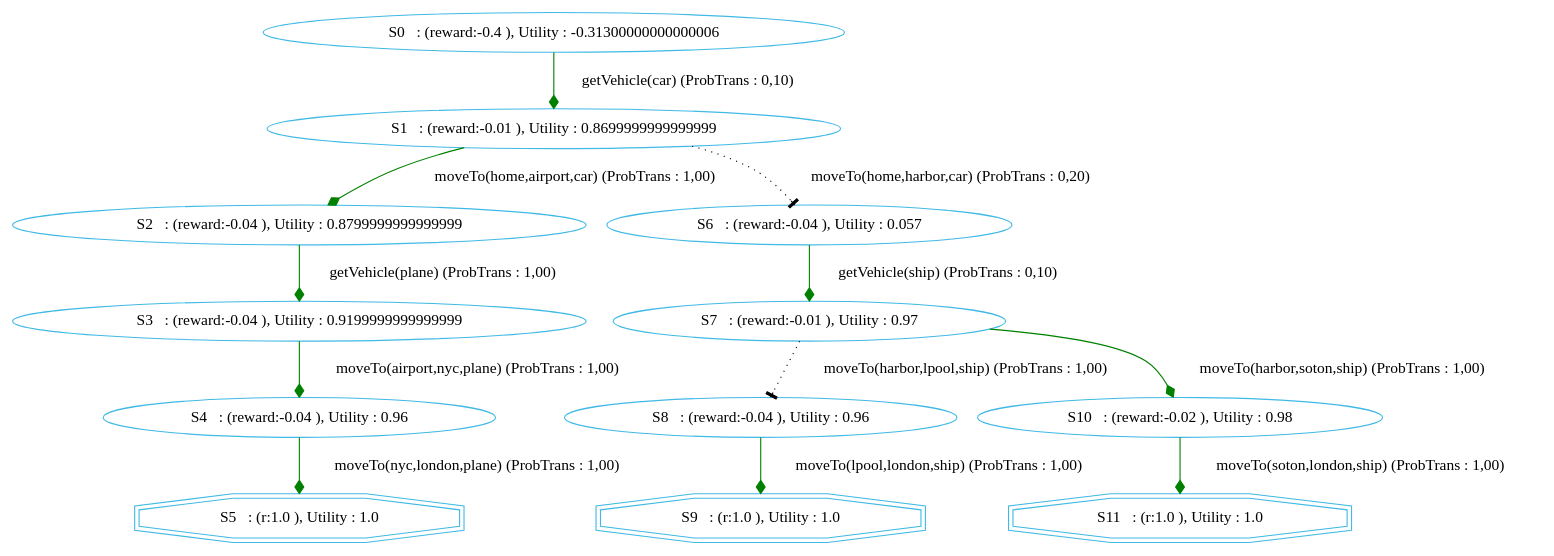
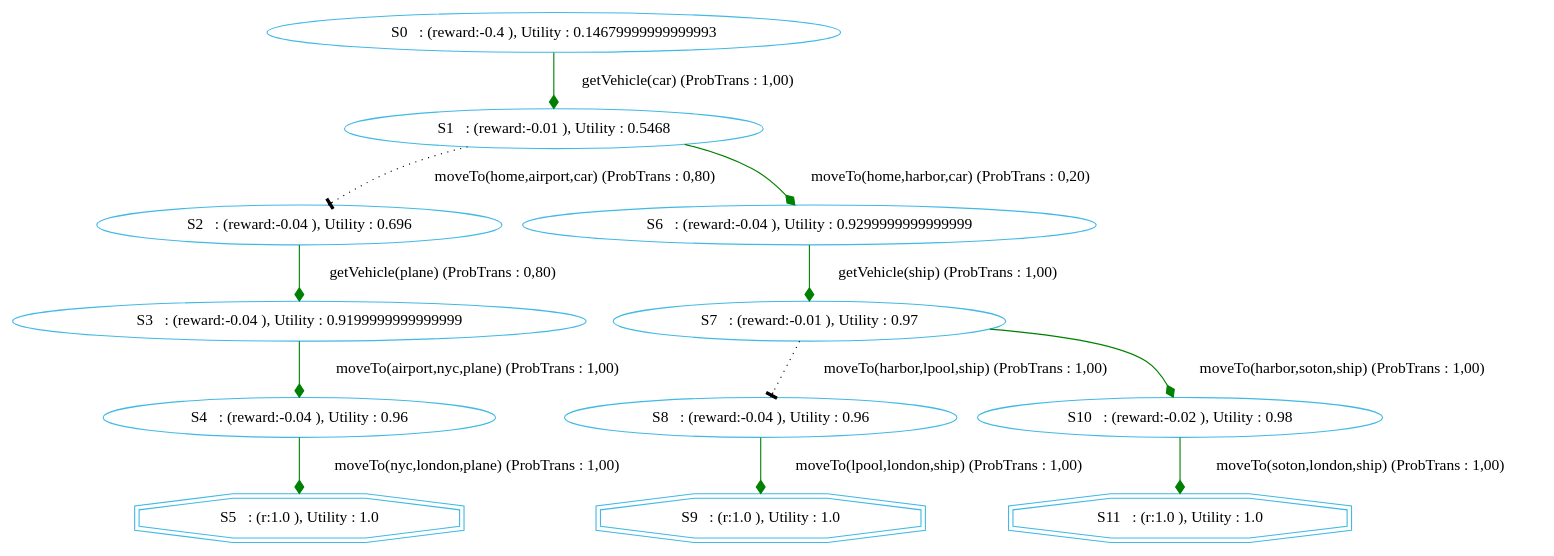
One commit to htiraHatem/CHIMP_MDP changed the diagram in chimp/src/main/java/examples/MDP/gotolondon/gotolondonGraphVICHIMP.dot. Above: the diagram before and after it, drawn with Graphviz. The commit also changed 2 other files, not shown here.

```diff
--- a/chimp/src/main/java/examples/MDP/gotolondon/gotolondonGraphVICHIMP.dot
+++ b/chimp/src/main/java/examples/MDP/gotolondon/gotolondonGraphVICHIMP.dot
@@ -1,27 +1,27 @@
 digraph {
   node [color="#40b9e5" ]
  size="60,17";
 "5" [label=" S5   : (r:1.0 ), Utility : 1.0 " shape=doubleoctagon];
 "9" [label=" S9   : (r:1.0 ), Utility : 1.0 " shape=doubleoctagon];
 "11" [label=" S11   : (r:1.0 ), Utility : 1.0 " shape=doubleoctagon];
-"0" [label=" S0   : (reward:-0.4 ), Utility : -0.31300000000000006 "];
-"1" [label=" S1   : (reward:-0.01 ), Utility : 0.8699999999999999 "];
-"2" [label=" S2   : (reward:-0.04 ), Utility : 0.8799999999999999 "];
+"0" [label=" S0   : (reward:-0.4 ), Utility : 0.14679999999999993 "];
+"1" [label=" S1   : (reward:-0.01 ), Utility : 0.5468 "];
+"2" [label=" S2   : (reward:-0.04 ), Utility : 0.696 "];
 "3" [label=" S3   : (reward:-0.04 ), Utility : 0.9199999999999999 "];
 "4" [label=" S4   : (reward:-0.04 ), Utility : 0.96 "];
-"6" [label=" S6   : (reward:-0.04 ), Utility : 0.057 "];
+"6" [label=" S6   : (reward:-0.04 ), Utility : 0.9299999999999999 "];
 "7" [label=" S7   : (reward:-0.01 ), Utility : 0.97 "];
 "8" [label=" S8   : (reward:-0.04 ), Utility : 0.96 "];
 "10" [label=" S10   : (reward:-0.02 ), Utility : 0.98 "];
-"0" -> "1" [ label="getVehicle(car) (ProbTrans : 0,10)"
-, arrowhead = diamond , color=green];"1" -> "2" [ label="moveTo(home,airport,car) (ProbTrans : 1,00)"
-, arrowhead = diamond , color=green];"1" -> "6" [ label="moveTo(home,harbor,car) (ProbTrans : 0,20)"
-,style=dotted, arrowhead=tee];"2" -> "3" [ label="getVehicle(plane) (ProbTrans : 1,00)"
+"0" -> "1" [ label="getVehicle(car) (ProbTrans : 1,00)"
+, arrowhead = diamond , color=green];"1" -> "2" [ label="moveTo(home,airport,car) (ProbTrans : 0,80)"
+,style=dotted, arrowhead=tee];"1" -> "6" [ label="moveTo(home,harbor,car) (ProbTrans : 0,20)"
+, arrowhead = diamond , color=green];"2" -> "3" [ label="getVehicle(plane) (ProbTrans : 0,80)"
 , arrowhead = diamond , color=green];"3" -> "4" [ label="moveTo(airport,nyc,plane) (ProbTrans : 1,00)"
 , arrowhead = diamond , color=green];"4" -> "5" [ label="moveTo(nyc,london,plane) (ProbTrans : 1,00)"
-, arrowhead = diamond , color=green];"6" -> "7" [ label="getVehicle(ship) (ProbTrans : 0,10)"
+, arrowhead = diamond , color=green];"6" -> "7" [ label="getVehicle(ship) (ProbTrans : 1,00)"
 , arrowhead = diamond , color=green];"7" -> "8" [ label="moveTo(harbor,lpool,ship) (ProbTrans : 1,00)"
 ,style=dotted, arrowhead=tee];"7" -> "10" [ label="moveTo(harbor,soton,ship) (ProbTrans : 1,00)"
 , arrowhead = diamond , color=green];"8" -> "9" [ label="moveTo(lpool,london,ship) (ProbTrans : 1,00)"
 , arrowhead = diamond , color=green];"10" -> "11" [ label="moveTo(soton,london,ship) (ProbTrans : 1,00)"
 , arrowhead = diamond , color=green];}
```
